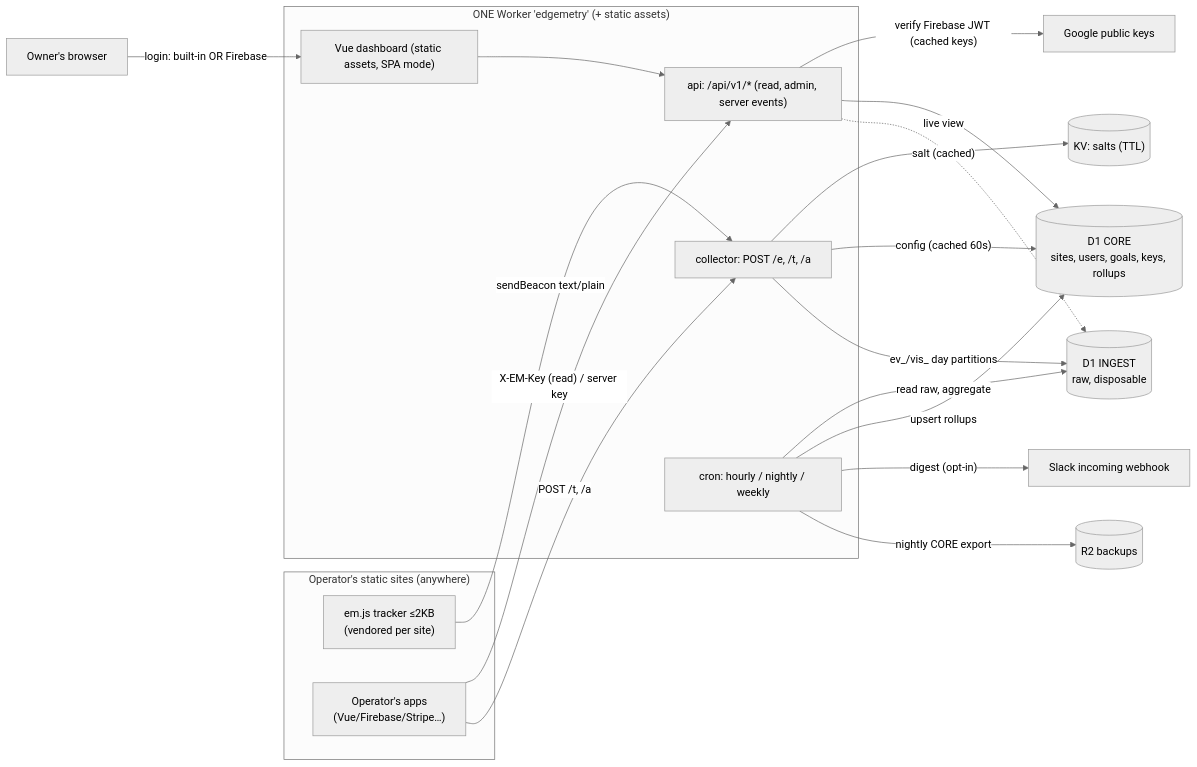
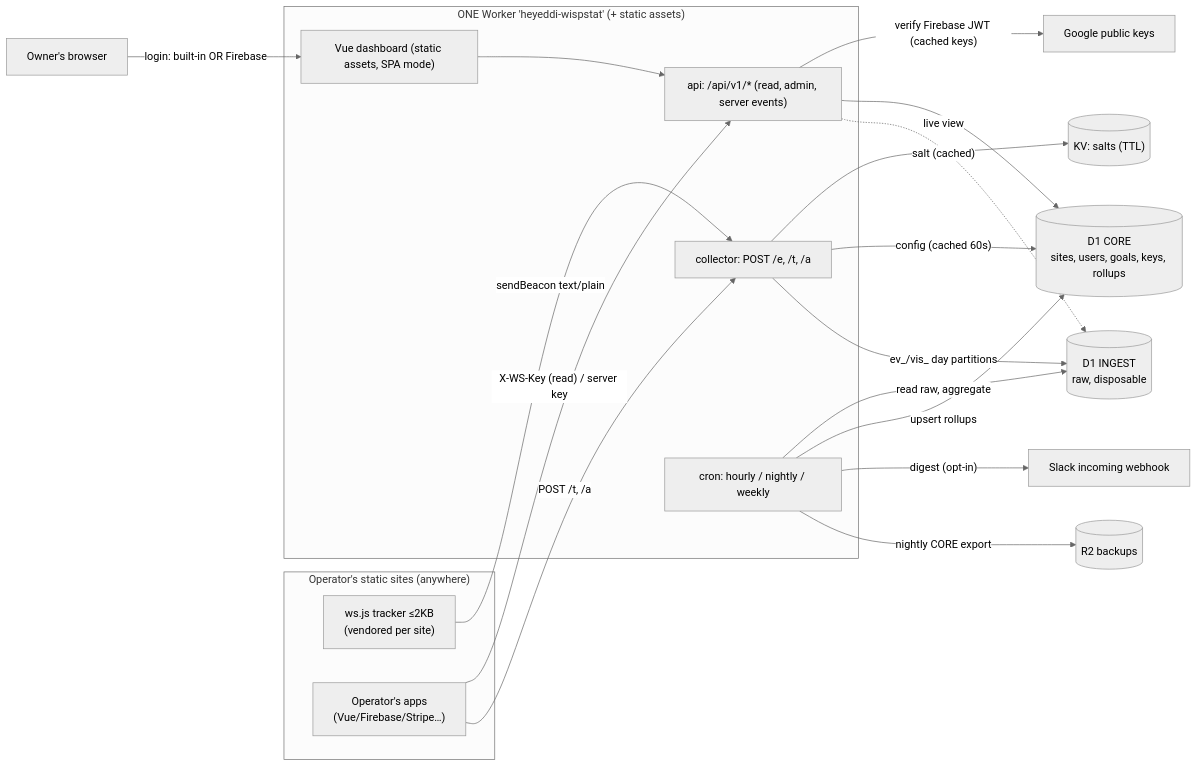
The diagram in docs/spec-v0.2.md (HeyEddi-com/heyeddi-wispstat), drawn with Mermaid (neutral theme) before and after one commit. The commit also changed other lines of this file and 21 other files, not shown here.

````diff
--- a/docs/spec-v0.2.md
+++ b/docs/spec-v0.2.md
@@ -95,28 +93,28 @@
 ```mermaid
 flowchart LR
   subgraph Sites["Operator's static sites (anywhere)"]
-    T["em.js tracker ≤2KB<br/>(vendored per site)"]
+    T["ws.js tracker ≤2KB<br/>(vendored per site)"]
     APP["Operator's apps<br/>(Vue/Firebase/Stripe…)"]
   end
-  subgraph W["ONE Worker 'edgemetry' (+ static assets)"]
+  subgraph W["ONE Worker 'heyeddi-wispstat' (+ static assets)"]
     C["collector: POST /e, /t, /a"]
     A["api: /api/v1/* (read, admin, server events)"]
     CR["cron: hourly / nightly / weekly"]
     D["Vue dashboard (static assets, SPA mode)"]
   end
   T -- "sendBeacon text/plain" --> C
   C -- "salt (cached)" --> KV[("KV: salts (TTL)")]
   C -- "config (cached 60s)" --> CORE[("D1 CORE<br/>sites, users, goals, keys, rollups")]
   C -- "ev_/vis_ day partitions" --> ING[("D1 INGEST<br/>raw, disposable")]
   CR -- "read raw, aggregate" --> ING
   CR -- "upsert rollups" --> CORE
   CR -- "digest (opt-in)" --> SL["Slack incoming webhook"]
   CR -- "nightly CORE export" --> R2[("R2 backups")]
   Browser["Owner's browser"] -- "login: built-in OR Firebase" --> D
   D --> A
-  APP -- "X-EM-Key (read) / server key" --> A
+  APP -- "X-WS-Key (read) / server key" --> A
   APP -- "POST /t, /a" --> C
   A -- "verify Firebase JWT (cached keys)" --> GK["Google public keys"]
   A --> CORE
   A -. "live view" .-> ING
 ```
````
